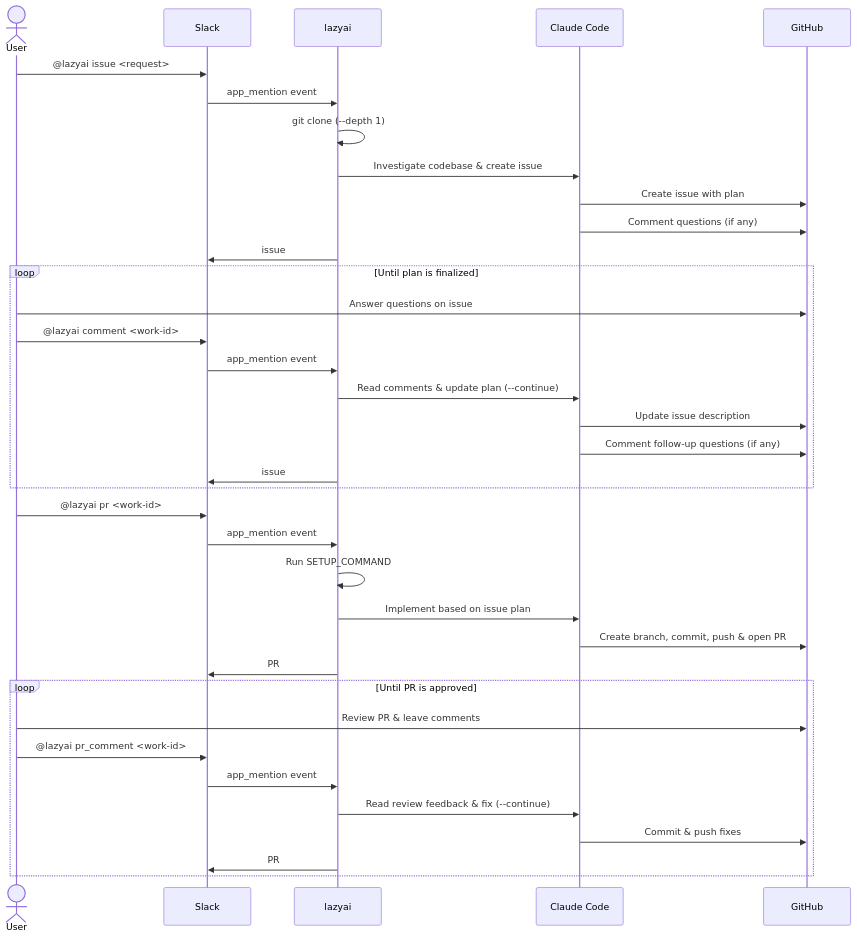
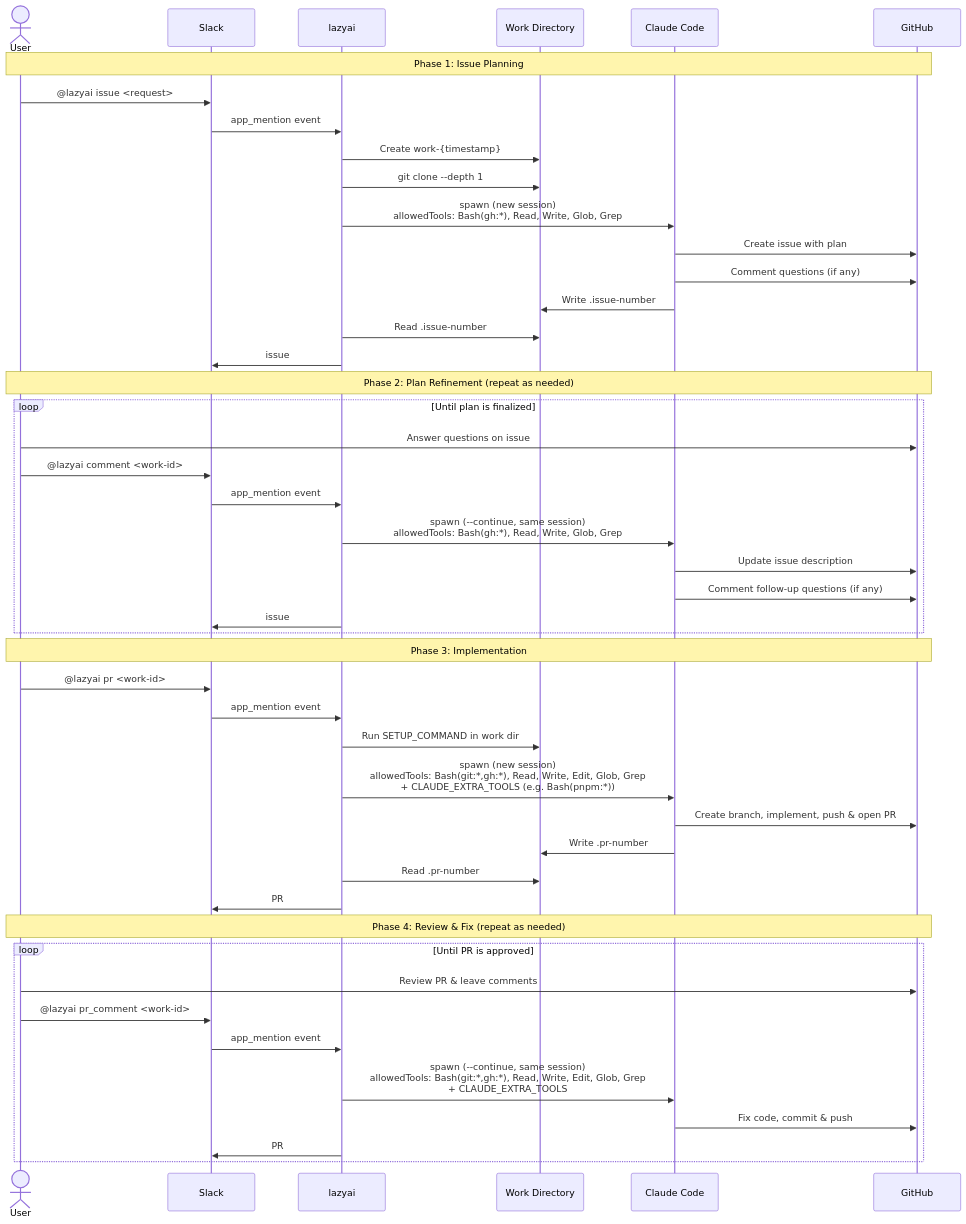
The diagram in README.md (gtnao/lazyai), drawn with Mermaid before and after one commit.

Commit message:
Update workflow diagram with work directory details and session modes

````diff
--- a/README.md
+++ b/README.md
@@ -9,42 +9,56 @@
 ```mermaid
 sequenceDiagram
     actor User
     participant Slack
     participant lazyai
+    participant FS as Work Directory
     participant Claude as Claude Code
     participant GitHub
 
+    Note over User,GitHub: Phase 1: Issue Planning
+
     User->>Slack: @lazyai issue <request>
     Slack->>lazyai: app_mention event
-    lazyai->>lazyai: git clone (--depth 1)
-    lazyai->>Claude: Investigate codebase & create issue
+    lazyai->>FS: Create work-{timestamp}
+    lazyai->>FS: git clone --depth 1
+    lazyai->>Claude: spawn (new session)<br/>allowedTools: Bash(gh:*), Read, Write, Glob, Grep
     Claude->>GitHub: Create issue with plan
     Claude->>GitHub: Comment questions (if any)
+    Claude->>FS: Write .issue-number
+    lazyai->>FS: Read .issue-number
     lazyai->>Slack: issue #N created (work-xxx)
+
+    Note over User,GitHub: Phase 2: Plan Refinement (repeat as needed)
 
     loop Until plan is finalized
         User->>GitHub: Answer questions on issue
         User->>Slack: @lazyai comment <work-id>
         Slack->>lazyai: app_mention event
-        lazyai->>Claude: Read comments & update plan (--continue)
+        lazyai->>Claude: spawn (--continue, same session)<br/>allowedTools: Bash(gh:*), Read, Write, Glob, Grep
         Claude->>GitHub: Update issue description
         Claude->>GitHub: Comment follow-up questions (if any)
         lazyai->>Slack: issue #N updated (work-xxx)
     end
 
+    Note over User,GitHub: Phase 3: Implementation
+
     User->>Slack: @lazyai pr <work-id>
     Slack->>lazyai: app_mention event
-    lazyai->>lazyai: Run SETUP_COMMAND
-    lazyai->>Claude: Implement based on issue plan
-    Claude->>GitHub: Create branch, commit, push & open PR
+    lazyai->>FS: Run SETUP_COMMAND in work dir
+    lazyai->>Claude: spawn (new session)<br/>allowedTools: Bash(git:*,gh:*), Read, Write, Edit, Glob, Grep<br/>+ CLAUDE_EXTRA_TOOLS (e.g. Bash(pnpm:*))
+    Claude->>GitHub: Create branch, implement, push & open PR
+    Claude->>FS: Write .pr-number
+    lazyai->>FS: Read .pr-number
     lazyai->>Slack: PR #N created (work-xxx)
+
+    Note over User,GitHub: Phase 4: Review & Fix (repeat as needed)
 
     loop Until PR is approved
         User->>GitHub: Review PR & leave comments
         User->>Slack: @lazyai pr_comment <work-id>
         Slack->>lazyai: app_mention event
-        lazyai->>Claude: Read review feedback & fix (--continue)
-        Claude->>GitHub: Commit & push fixes
+        lazyai->>Claude: spawn (--continue, same session)<br/>allowedTools: Bash(git:*,gh:*), Read, Write, Edit, Glob, Grep<br/>+ CLAUDE_EXTRA_TOOLS
+        Claude->>GitHub: Fix code, commit & push
         lazyai->>Slack: PR #N updated (work-xxx)
     end
 ```
````
